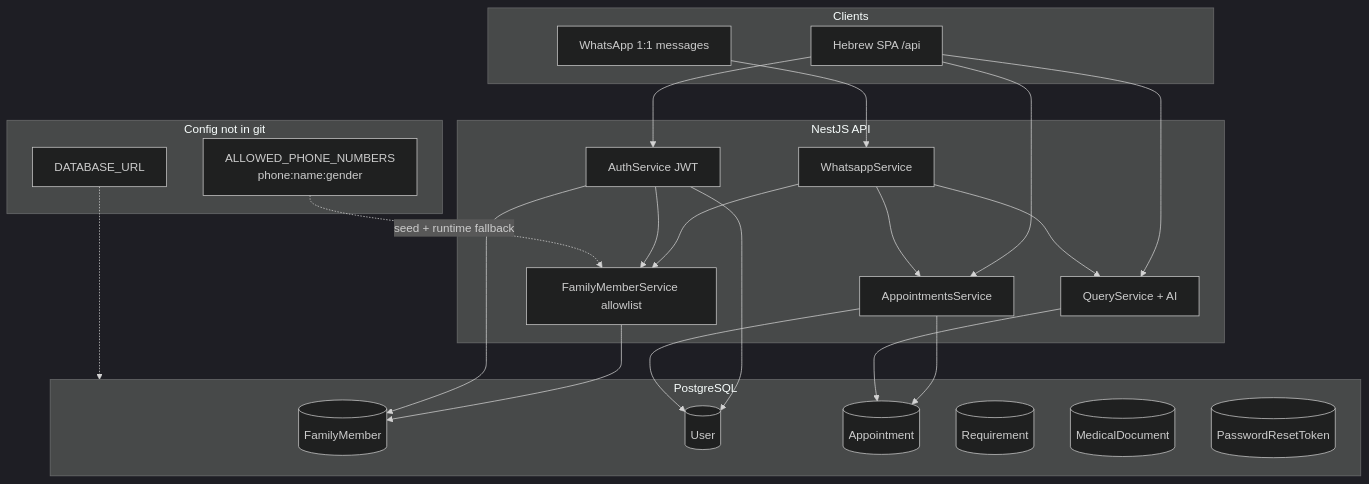
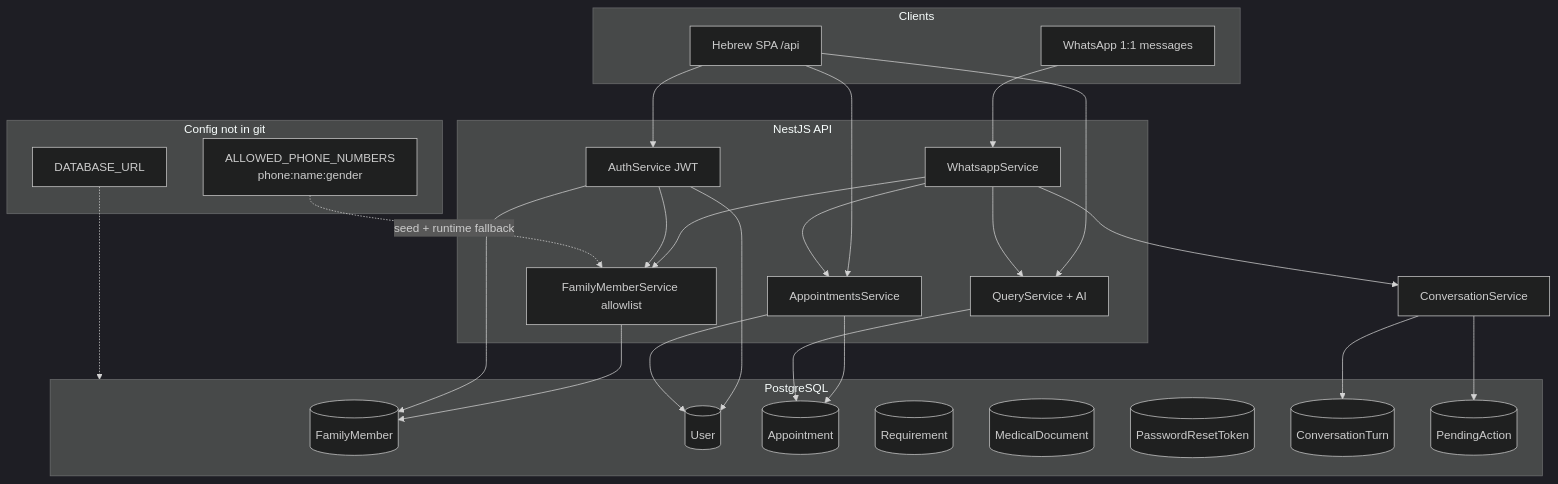
The first of 7 diagrams in summaries/database-schema-and-connections.md (stavbarak/medflow-ai), drawn with Mermaid (dark theme) before and after one commit. The commit also changed other lines of this file and 6 other files, not shown here.

````diff
--- a/summaries/database-schema-and-connections.md
+++ b/summaries/database-schema-and-connections.md
@@ -11,48 +11,53 @@
 ```mermaid
 flowchart TB
   subgraph clients [Clients]
     WA[WhatsApp 1:1 messages]
     WEB[Hebrew SPA /api]
   end
 
   subgraph api [NestJS API]
     FM[FamilyMemberService allowlist]
     AUTH[AuthService JWT]
     APT[AppointmentsService]
     Q[QueryService + AI]
     WH[WhatsappService]
   end
 
   subgraph env [Config not in git]
     ENV["ALLOWED_PHONE_NUMBERS\nphone:name:gender"]
     DBURL[DATABASE_URL]
   end
 
   subgraph pg [PostgreSQL]
     FAM[(FamilyMember)]
     USR[(User)]
     APTT[(Appointment)]
     REQ[(Requirement)]
     DOC[(MedicalDocument)]
     PRT[(PasswordResetToken)]
+    CT[(ConversationTurn)]
+    PA[(PendingAction)]
   end
 
   WA --> WH
   WEB --> AUTH
   WEB --> APT
   WEB --> Q
   WH --> FM
+  WH --> CONV[ConversationService]
   AUTH --> FM
   WH --> APT
   WH --> Q
 
   FM --> FAM
   AUTH --> USR
   AUTH --> FAM
   APT --> APTT
   APT --> USR
   Q --> APTT
+  CONV --> CT
+  CONV --> PA
 
   ENV -.->|seed + runtime fallback| FM
   DBURL -.-> pg
 ```
````
